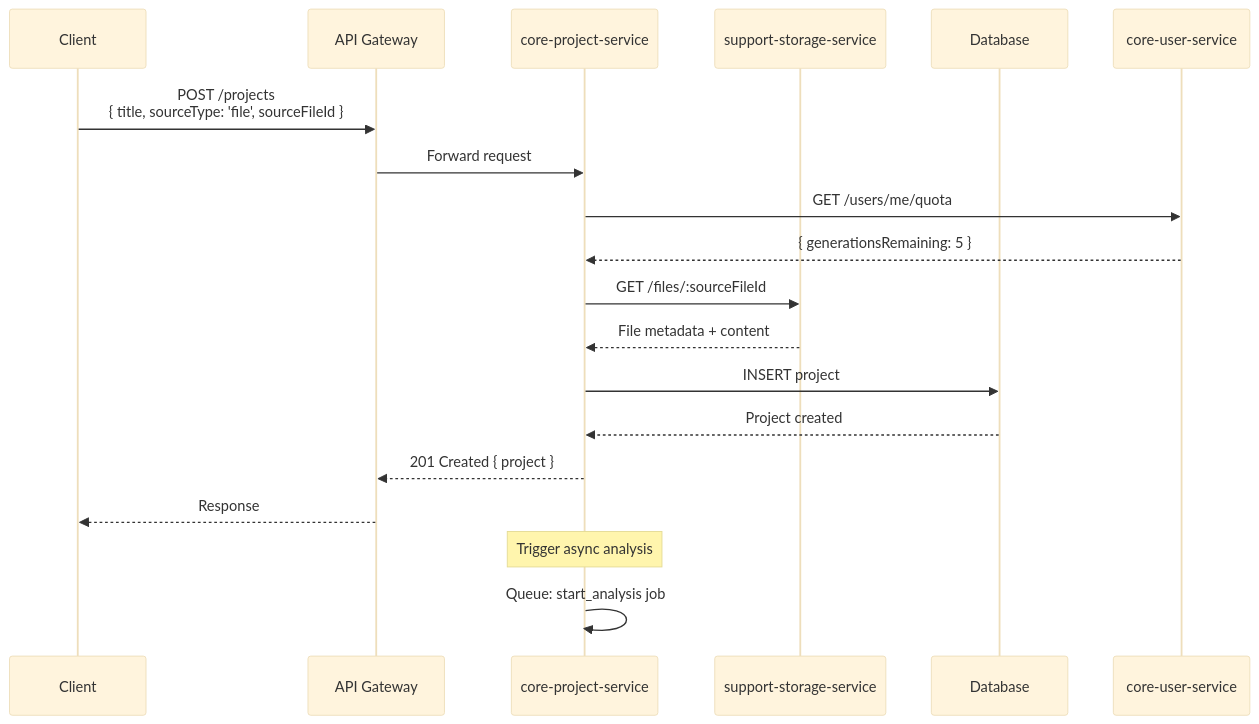
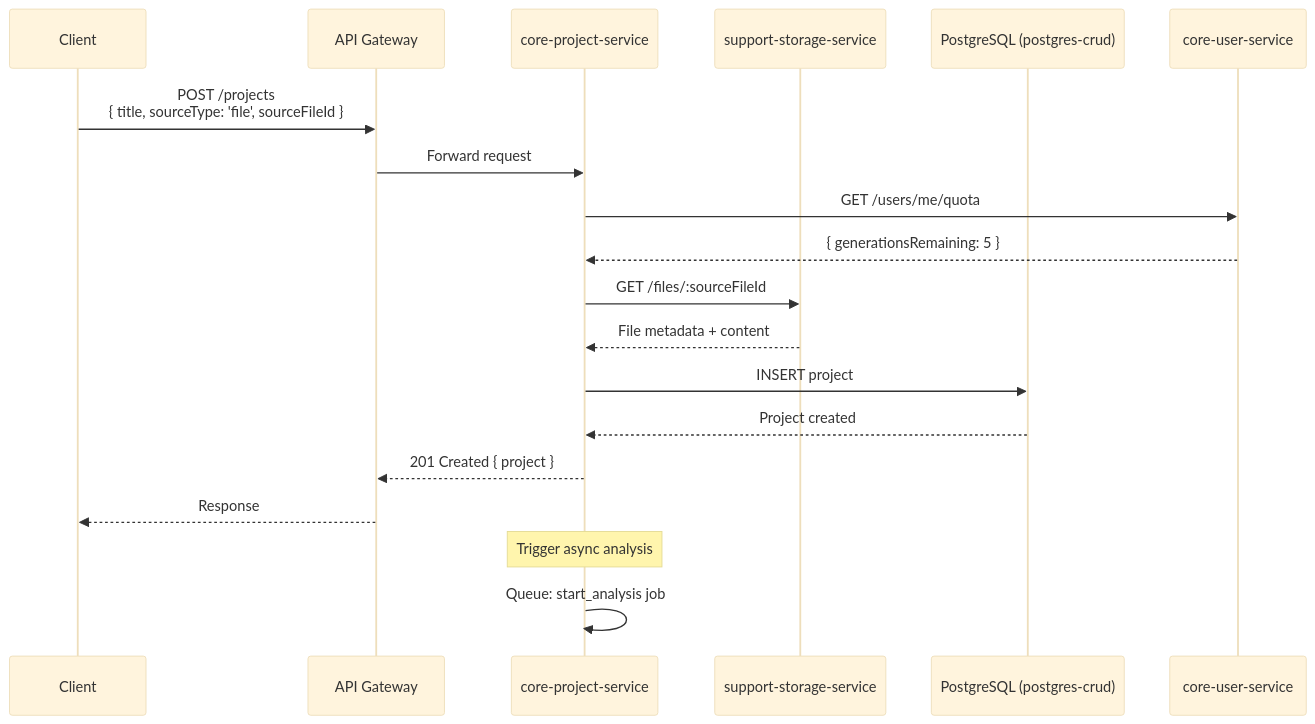
Before and after one commit to VisioBook-ESP/docs-architecture: the fourth of 6 diagrams in microservices/core-project-service.md, drawn with Mermaid (base theme). The commit also changed other lines of this file and 15 other files, not shown here.

````diff
--- a/microservices/core-project-service.md
+++ b/microservices/core-project-service.md
@@ -408,28 +408,28 @@
 ```mermaid
 sequenceDiagram
     participant C as Client
     participant GW as API Gateway
     participant PS as core-project-service
     participant SS as support-storage-service
-    participant DB as Database
+    participant PG as PostgreSQL (postgres-crud)
     participant US as core-user-service
 
     C->>GW: POST /projects<br/>{ title, sourceType: 'file', sourceFileId }
     GW->>PS: Forward request
 
     PS->>US: GET /users/me/quota
     US-->>PS: { generationsRemaining: 5 }
 
     PS->>SS: GET /files/:sourceFileId
     SS-->>PS: File metadata + content
 
-    PS->>DB: INSERT project
-    DB-->>PS: Project created
+    PS->>PG: INSERT project
+    PG-->>PS: Project created
 
     PS-->>GW: 201 Created { project }
     GW-->>C: Response
 
     Note over PS: Trigger async analysis
 
     PS->>PS: Queue: start_analysis job
 ```
````
